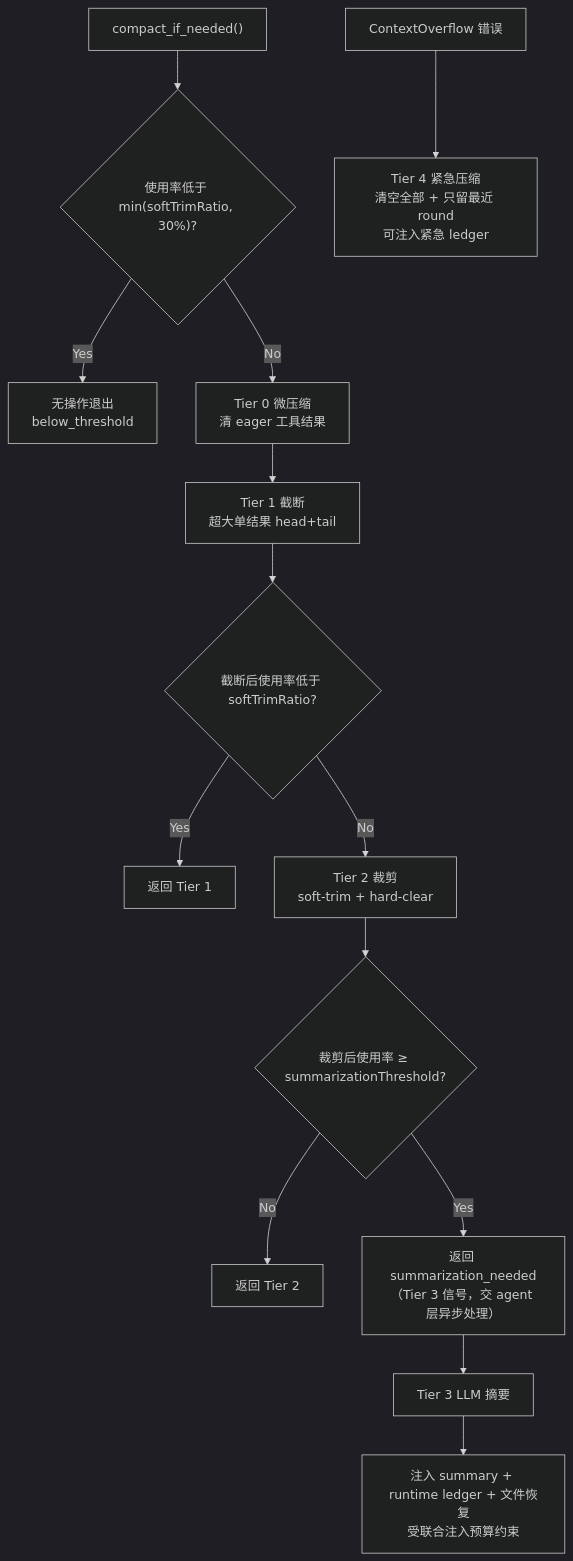
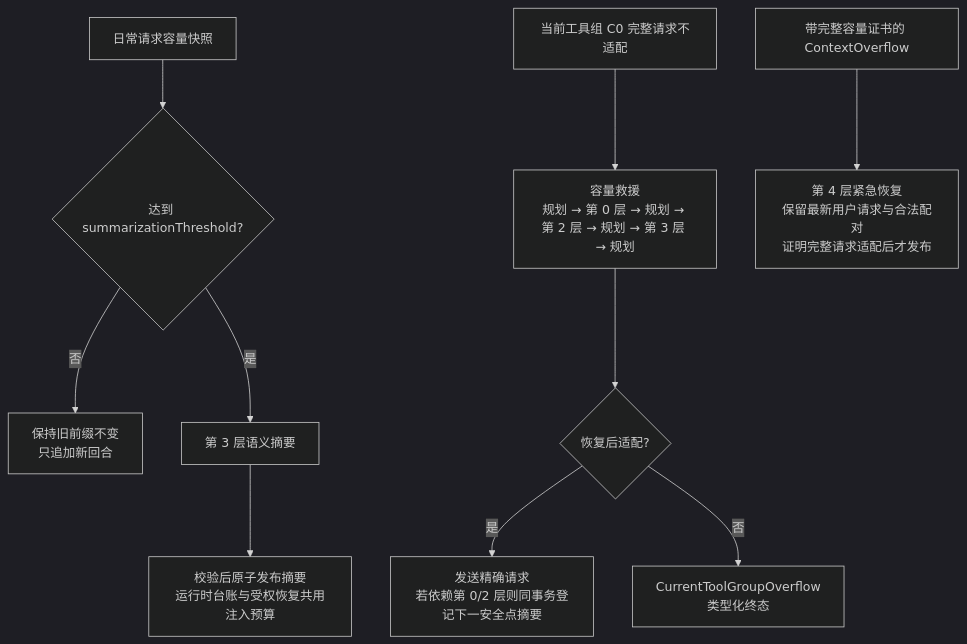
One commit to gabrielmoreira/agent-skills-mirror changed the first of 4 diagrams in mirrors/repos/shiwenwen@hope-agent/docs/architecture/core/context-compact.md. Above: the diagram before and after it, drawn with Mermaid (dark theme). The commit also changed other lines of this file and 1493 other files, not shown here.

````diff
--- a/mirrors/repos/shiwenwen@hope-agent/docs/architecture/core/context-compact.md
+++ b/mirrors/repos/shiwenwen@hope-agent/docs/architecture/core/context-compact.md
@@ -31,17 +32,14 @@
 ```mermaid
 flowchart TD
-    A["compact_if_needed()"] --> Q{"使用率低于 min(softTrimRatio, 30%)?"}
-    Q -- Yes --> Done0["无操作退出<br/>below_threshold"]
-    Q -- No --> T0["Tier 0 微压缩<br/>清 eager 工具结果"]
-    T0 --> T1["Tier 1 截断<br/>超大单结果 head+tail"]
-    T1 --> E1{"截断后使用率低于 softTrimRatio?"}
-    E1 -- Yes --> DoneT1["返回 Tier 1"]
-    E1 -- No --> T2["Tier 2 裁剪<br/>soft-trim + hard-clear"]
-    T2 --> E2{"裁剪后使用率 ≥ summarizationThreshold?"}
-    E2 -- No --> DoneT2["返回 Tier 2"]
-    E2 -- Yes --> Sig["返回 summarization_needed<br/>（Tier 3 信号，交 agent 层异步处理）"]
-    Sig --> T3["Tier 3 LLM 摘要"]
-    T3 --> Inject["注入 summary + runtime ledger + 文件恢复<br/>受联合注入预算约束"]
+    A["日常请求容量快照"] --> H{"达到 summarizationThreshold?"}
+    H -- 否 --> Keep["保持旧前缀不变<br/>只追加新回合"]
+    H -- 是 --> T3["第 3 层语义摘要"]
+    T3 --> Inject["校验后原子发布摘要<br/>运行时台账与受权恢复共用注入预算"]
 
-    OF["ContextOverflow 错误"] --> T4["Tier 4 紧急压缩<br/>清空全部 + 只留最近 round<br/>可注入紧急 ledger"]
+    C0["当前工具组 C0 完整请求不适配"] --> Ladder["容量救援<br/>规划 → 第 0 层 → 规划 → 第 2 层 → 规划 → 第 3 层 → 规划"]
+    Ladder --> Fit{"恢复后适配?"}
+    Fit -- 是 --> Send["发送精确请求<br/>若依赖第 0/2 层则同事务登记下一安全点摘要"]
+    Fit -- 否 --> Terminal["CurrentToolGroupOverflow<br/>类型化终态"]
+
+    OF["带完整容量证书的 ContextOverflow"] --> T4["第 4 层紧急恢复<br/>保留最新用户请求与合法配对<br/>证明完整请求适配后才发布"]
 ```
````
